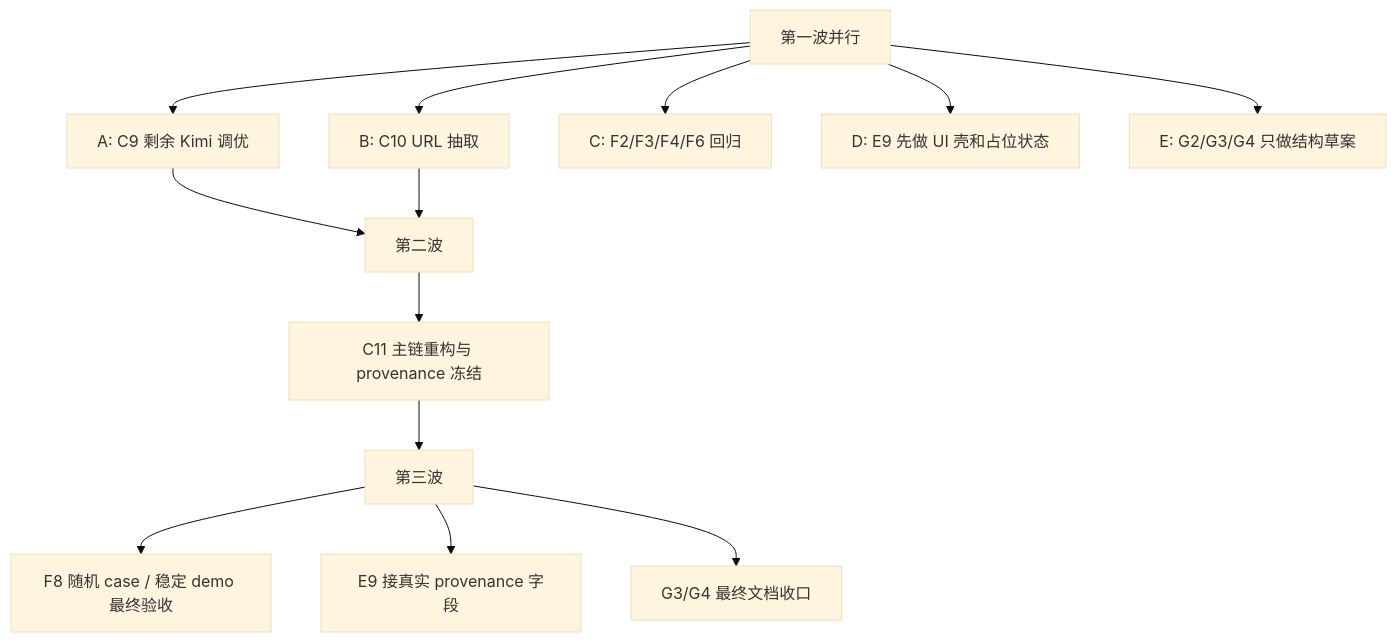
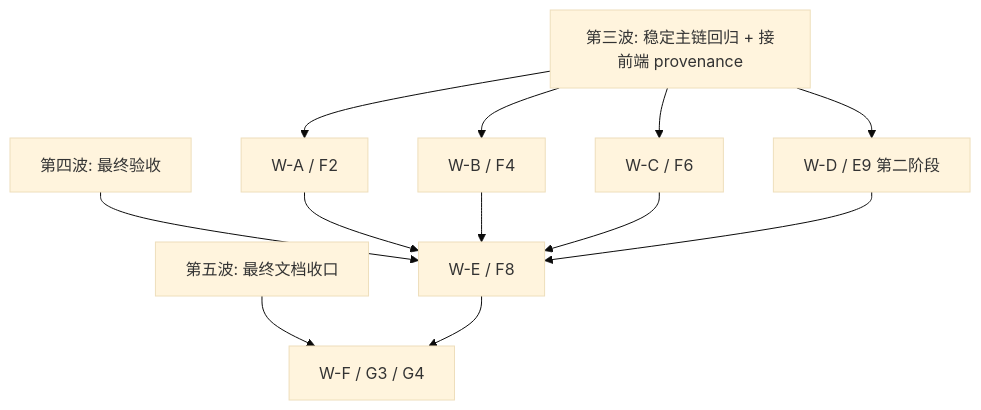
The second of 2 diagrams in overview/10_unfinished-task-priority-and-parallel-analysis.md (forwaryan/rumor-checking), drawn with Mermaid (base theme) before and after one commit. The commit also changed other lines of this file and 8 other files, not shown here.

````diff
--- a/overview/10_unfinished-task-priority-and-parallel-analysis.md
+++ b/overview/10_unfinished-task-priority-and-parallel-analysis.md
@@ -87,17 +88,14 @@
 ```mermaid
 flowchart TD
-    W1["第一波并行"] --> A1["A: C9 剩余 Kimi 调优"]
-    W1 --> A2["B: C10 URL 抽取"]
-    W1 --> A3["C: F2/F3/F4/F6 回归"]
-    W1 --> A4["D: E9 先做 UI 壳和占位状态"]
-    W1 --> A5["E: G2/G3/G4 只做结构草案"]
-
-    A1 --> W2["第二波"]
-    A2 --> W2
-    W2 --> B1["C11 主链重构与 provenance 冻结"]
-
-    B1 --> W3["第三波"]
-    W3 --> C1["F8 随机 case / 稳定 demo 最终验收"]
-    W3 --> C2["E9 接真实 provenance 字段"]
-    W3 --> C3["G3/G4 最终文档收口"]
+    W3["第三波: 稳定主链回归 + 接前端 provenance"] --> A["W-A / F2"]
+    W3 --> B["W-B / F4"]
+    W3 --> C["W-C / F6"]
+    W3 --> D["W-D / E9 第二阶段"]
+    W4["第四波: 最终验收"] --> E["W-E / F8"]
+    W5["第五波: 最终文档收口"] --> F["W-F / G3 / G4"]
+    A --> E
+    B --> E
+    C --> E
+    D --> E
+    E --> F
 ```
````
